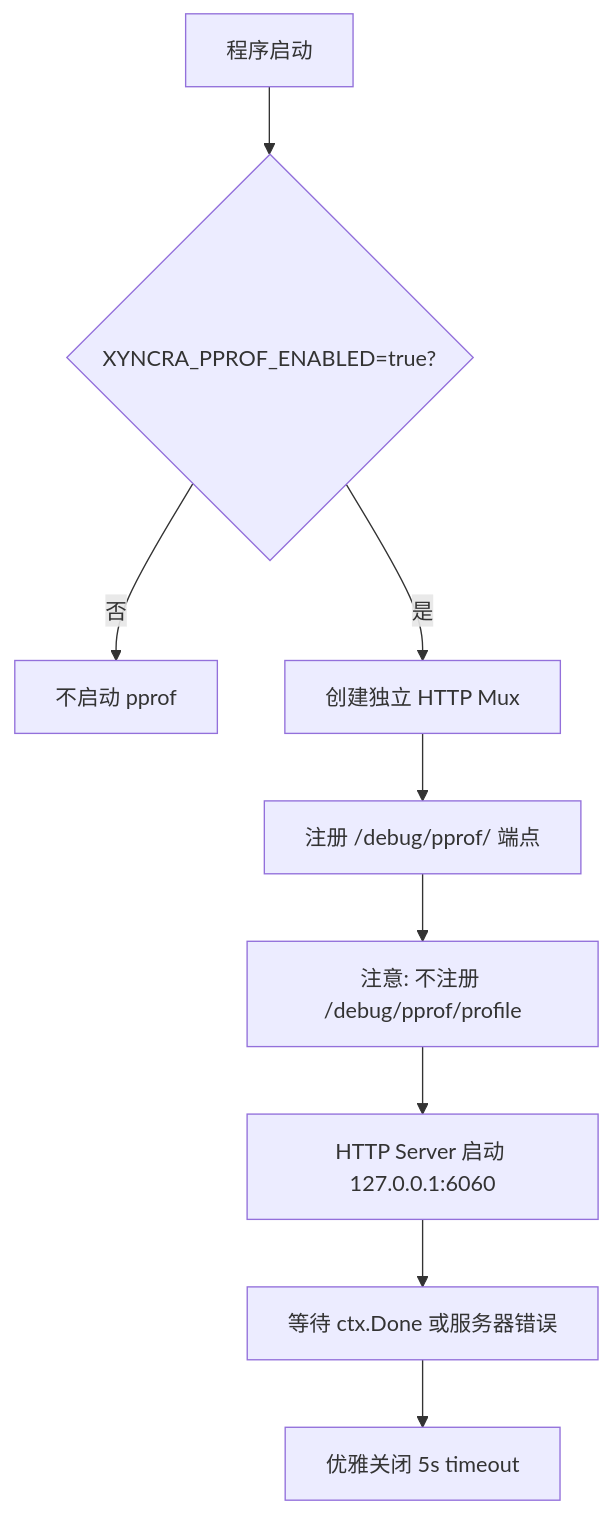
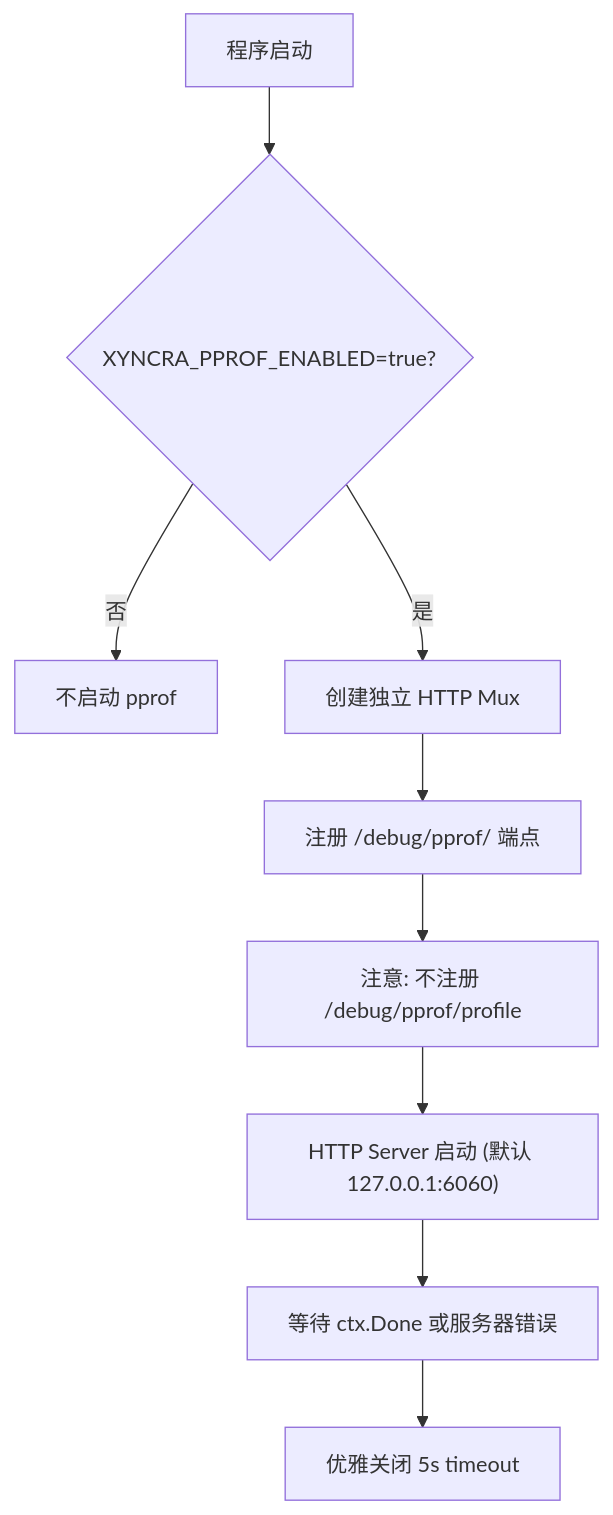
One commit to PineappleBond/xyncra-server changed diagram 13 of 14 in wiki/flows/cli-observability.md. Above: the diagram before and after it, drawn with Mermaid. The commit also changed other lines of this file and 21 other files, not shown here.

````diff
--- a/wiki/flows/cli-observability.md
+++ b/wiki/flows/cli-observability.md
@@ -690,11 +729,11 @@
 ```mermaid
 flowchart TD
     A[程序启动] --> B{XYNCRA_PPROF_ENABLED=true?}
     B -->|否| C[不启动 pprof]
     B -->|是| D[创建独立 HTTP Mux]
     D --> E[注册 /debug/pprof/ 端点]
     E --> F[注意: 不注册 /debug/pprof/profile]
-    F --> G[HTTP Server 启动 127.0.0.1:6060]
+    F --> G["HTTP Server 启动 (默认 127.0.0.1:6060)"]
     G --> H[等待 ctx.Done 或服务器错误]
     H --> I[优雅关闭 5s timeout]
 ```
````
